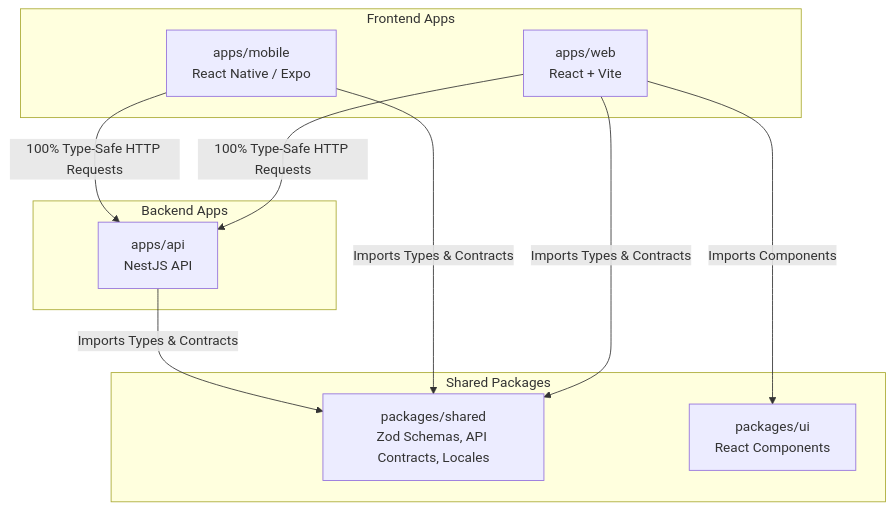
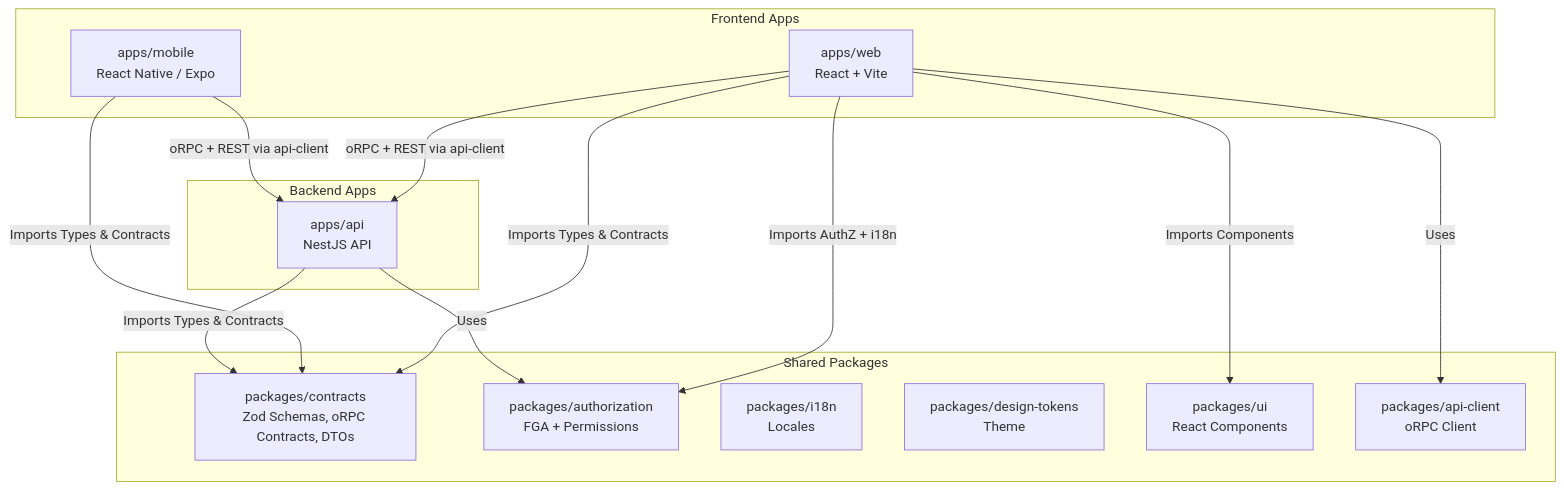
The first of 3 diagrams in ARCHITECTURE.md (ihssmaheel-dev/modular-monolith-architecture), drawn with Mermaid before and after one commit. The commit also changed other lines of this file and 13 other files, not shown here.

First line of the commit message:
fix(architecture): harden tenancy isolation, validation and quality gates

````diff
--- a/ARCHITECTURE.md
+++ b/ARCHITECTURE.md
@@ -15,24 +15,31 @@
 ```mermaid
 graph TD
     subgraph Frontend Apps
         W[apps/web<br>React + Vite]
         M[apps/mobile<br>React Native / Expo]
     end
 
     subgraph Backend Apps
         A[apps/api<br>NestJS API]
     end
 
     subgraph Shared Packages
-        S[packages/shared<br>Zod Schemas, API Contracts, Locales]
+        S[packages/contracts<br>Zod Schemas, oRPC Contracts, DTOs]
+        AuthZ[packages/authorization<br>FGA + Permissions]
+        I18N[packages/i18n<br>Locales]
+        Tokens[packages/design-tokens<br>Theme]
         UI[packages/ui<br>React Components]
+        Client[packages/api-client<br>oRPC Client]
     end
 
     W -->|Imports Types & Contracts| S
     W -->|Imports Components| UI
+    W -->|Imports AuthZ + i18n| AuthZ
+    W -->|Uses| Client
     M -->|Imports Types & Contracts| S
     A -->|Imports Types & Contracts| S
+    A -->|Uses| AuthZ
 
-    W -->|100% Type-Safe HTTP Requests| A
-    M -->|100% Type-Safe HTTP Requests| A
+    W -->|oRPC + REST via api-client| A
+    M -->|oRPC + REST via api-client| A
 ```
````
